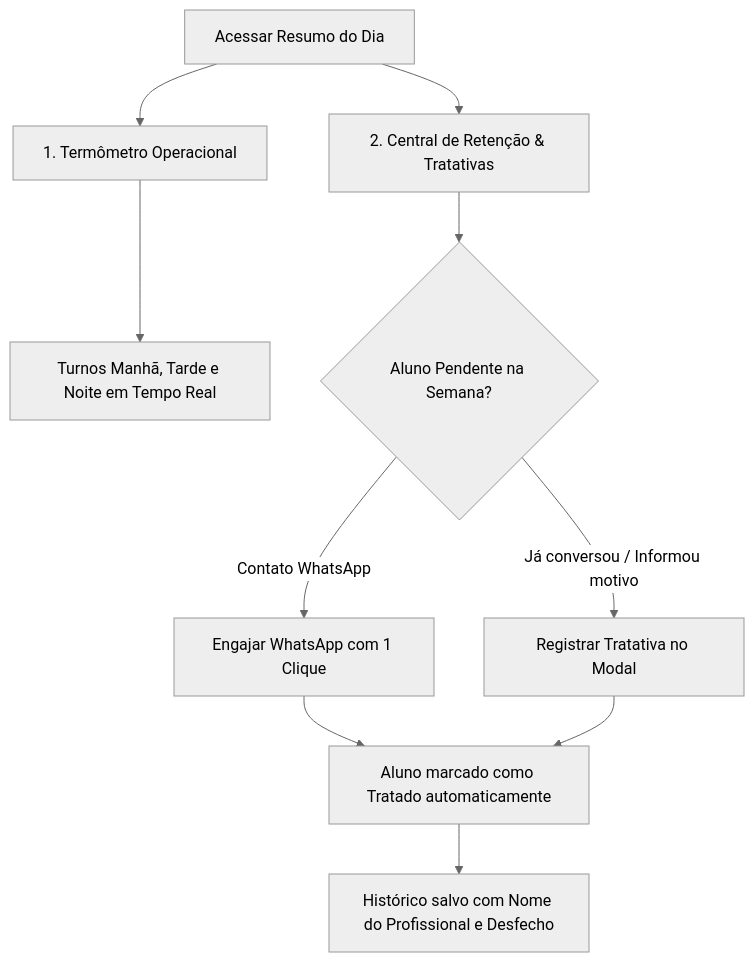
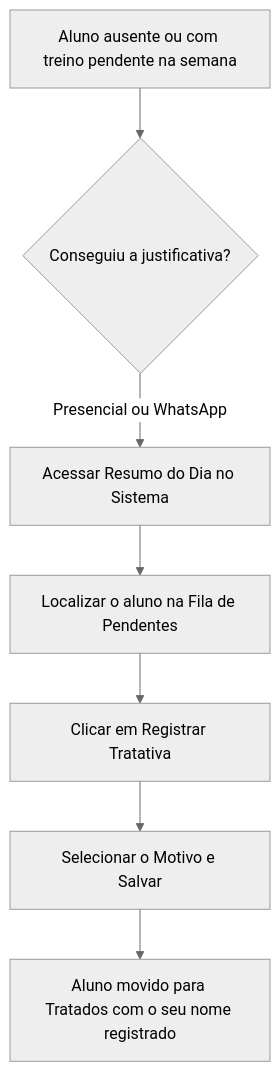
One commit to savioaugusto7-sudo/clubefitness changed the diagram in docs/GUIA_PRATICO_PROFISSIONAL_FASE2_TRATATIVAS.md. Above: the diagram before and after it, drawn with Mermaid (neutral theme). The commit also changed other lines of this file and 1 other file, not shown here.

````diff
--- a/docs/GUIA_PRATICO_PROFISSIONAL_FASE2_TRATATIVAS.md
+++ b/docs/GUIA_PRATICO_PROFISSIONAL_FASE2_TRATATIVAS.md
@@ -13,15 +12,9 @@
 ```mermaid
 flowchart TD
-    A[Acessar Resumo do Dia] --> B[1. Termômetro Operacional]
-    A --> C[2. Central de Retenção & Tratativas]
-    
-    B --> B1[Turnos Manhã, Tarde e Noite em Tempo Real]
-    
-    C --> C1{Aluno Pendente na Semana?}
-    C1 -- Contato WhatsApp --> D[Engajar WhatsApp com 1 Clique]
-    C1 -- Já conversou / Informou motivo --> E[Registrar Tratativa no Modal]
-    
-    D --> F[Aluno marcado como Tratado automaticamente]
-    E --> F
-    F --> G[Histórico salvo com Nome do Profissional e Desfecho]
+    A[Aluno ausente ou com treino pendente na semana] --> B{Conseguiu a justificativa?}
+    B -- Presencial ou WhatsApp --> C[Acessar Resumo do Dia no Sistema]
+    C --> D[Localizar o aluno na Fila de Pendentes]
+    D --> E[Clicar em Registrar Tratativa]
+    E --> F[Selecionar o Motivo e Salvar]
+    F --> G[Aluno movido para Tratados com o seu nome registrado]
 ```
````
